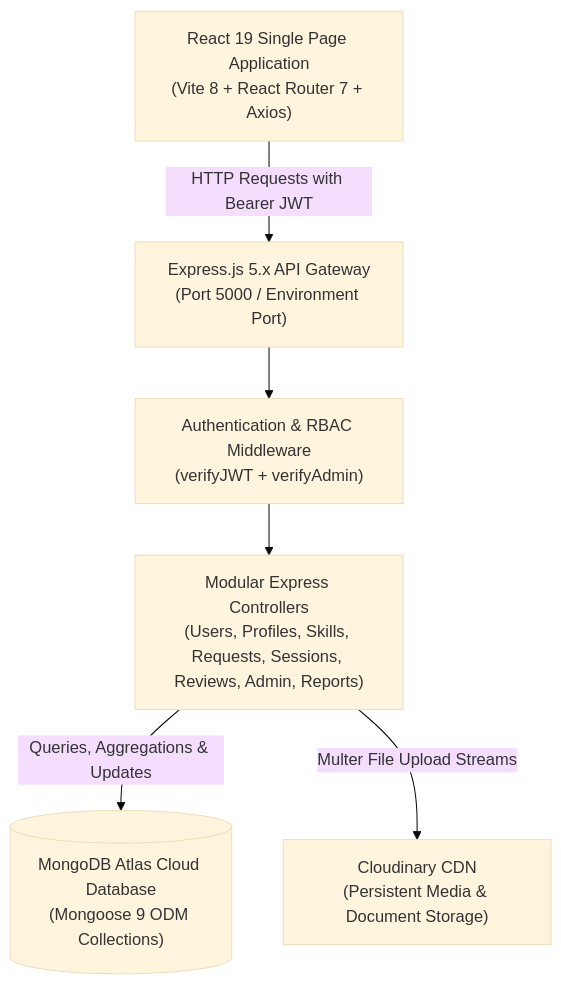
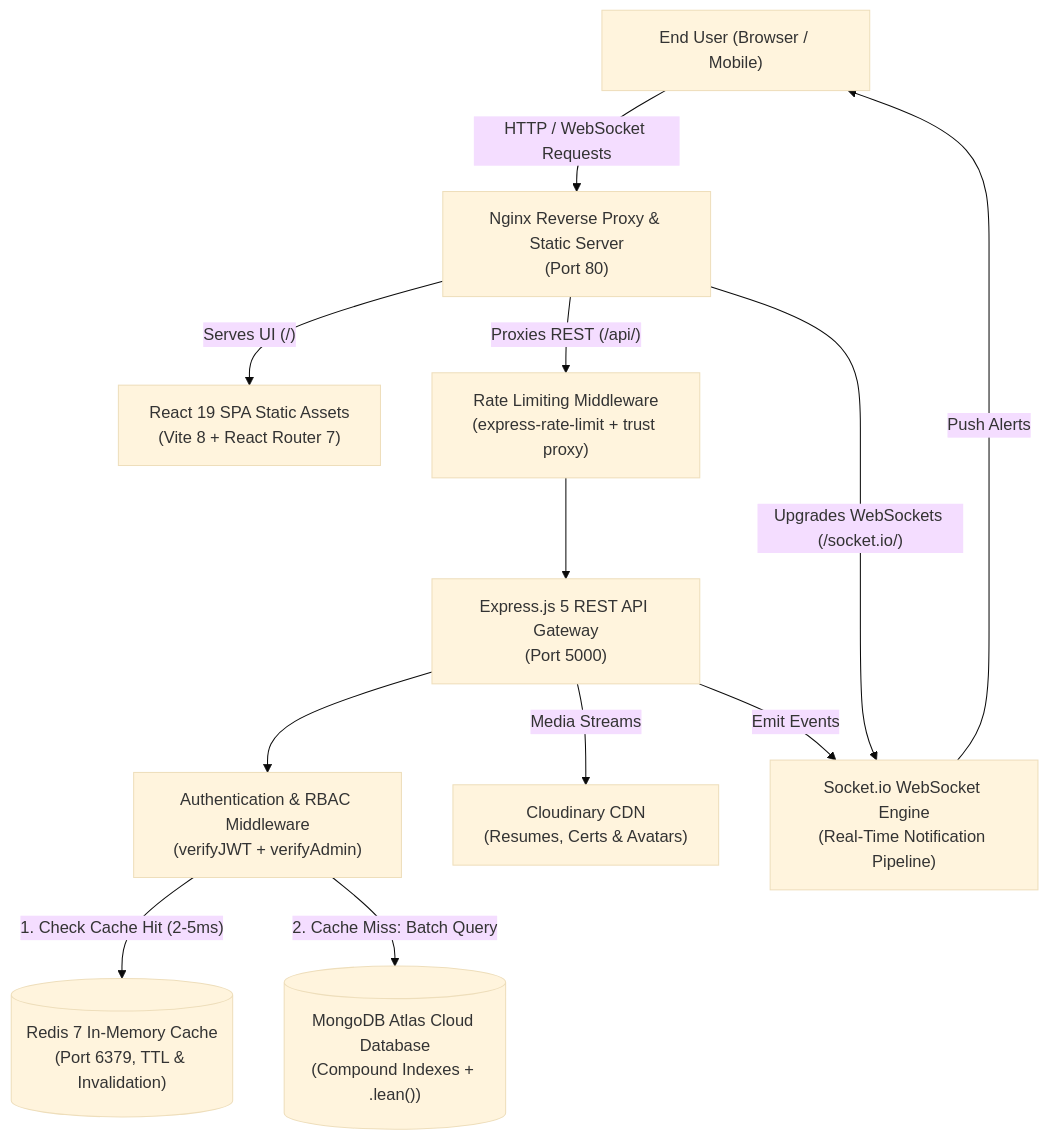
The diagram in README.md (ParthDani17/SkillBridge), drawn with Mermaid (base theme) before and after one commit. The commit also changed other lines of this file, not shown here.

````diff
--- a/README.md
+++ b/README.md
@@ -140,15 +261,25 @@
 ```mermaid
 flowchart TD
-    Client["React 19 Single Page Application<br/>(Vite 8 + React Router 7 + Axios)"]
-    Gateway["Express.js 5.x API Gateway<br/>(Port 5000 / Environment Port)"]
+    User["End User (Browser / Mobile)"]
+    Nginx["Nginx Reverse Proxy & Static Server<br/>(Port 80)"]
+    Frontend["React 19 SPA Static Assets<br/>(Vite 8 + React Router 7)"]
+    RateLimiter["Rate Limiting Middleware<br/>(express-rate-limit + trust proxy)"]
+    Express["Express.js 5 REST API Gateway<br/>(Port 5000)"]
     AuthMW["Authentication & RBAC Middleware<br/>(verifyJWT + verifyAdmin)"]
-    Controllers["Modular Express Controllers<br/>(Users, Profiles, Skills, Requests, Sessions, Reviews, Admin, Reports)"]
-    MongoDB[("MongoDB Atlas Cloud Database<br/>(Mongoose 9 ODM Collections)")]
-    Cloudinary["Cloudinary CDN<br/>(Persistent Media & Document Storage)"]
+    Redis[("Redis 7 In-Memory Cache<br/>(Port 6379, TTL & Invalidation)")]
+    MongoDB[("MongoDB Atlas Cloud Database<br/>(Compound Indexes + .lean())")]
+    Cloudinary["Cloudinary CDN<br/>(Resumes, Certs & Avatars)"]
+    SocketIO["Socket.io WebSocket Engine<br/>(Real-Time Notification Pipeline)"]
 
-    Client -->|"HTTP Requests with Bearer JWT"| Gateway
-    Gateway --> AuthMW
-    AuthMW --> Controllers
-    Controllers -->|"Queries, Aggregations & Updates"| MongoDB
-    Controllers -->|"Multer File Upload Streams"| Cloudinary
+    User -->|"HTTP / WebSocket Requests"| Nginx
+    Nginx -->|"Serves UI (/)"| Frontend
+    Nginx -->|"Proxies REST (/api/)"| RateLimiter
+    Nginx -->|"Upgrades WebSockets (/socket.io/)"| SocketIO
+    RateLimiter --> Express
+    Express --> AuthMW
+    AuthMW -->|"1. Check Cache Hit (2-5ms)"| Redis
+    AuthMW -->|"2. Cache Miss: Batch Query"| MongoDB
+    Express -->|"Media Streams"| Cloudinary
+    Express -->|"Emit Events"| SocketIO
+    SocketIO -->|"Push Alerts"| User
 ```
````
